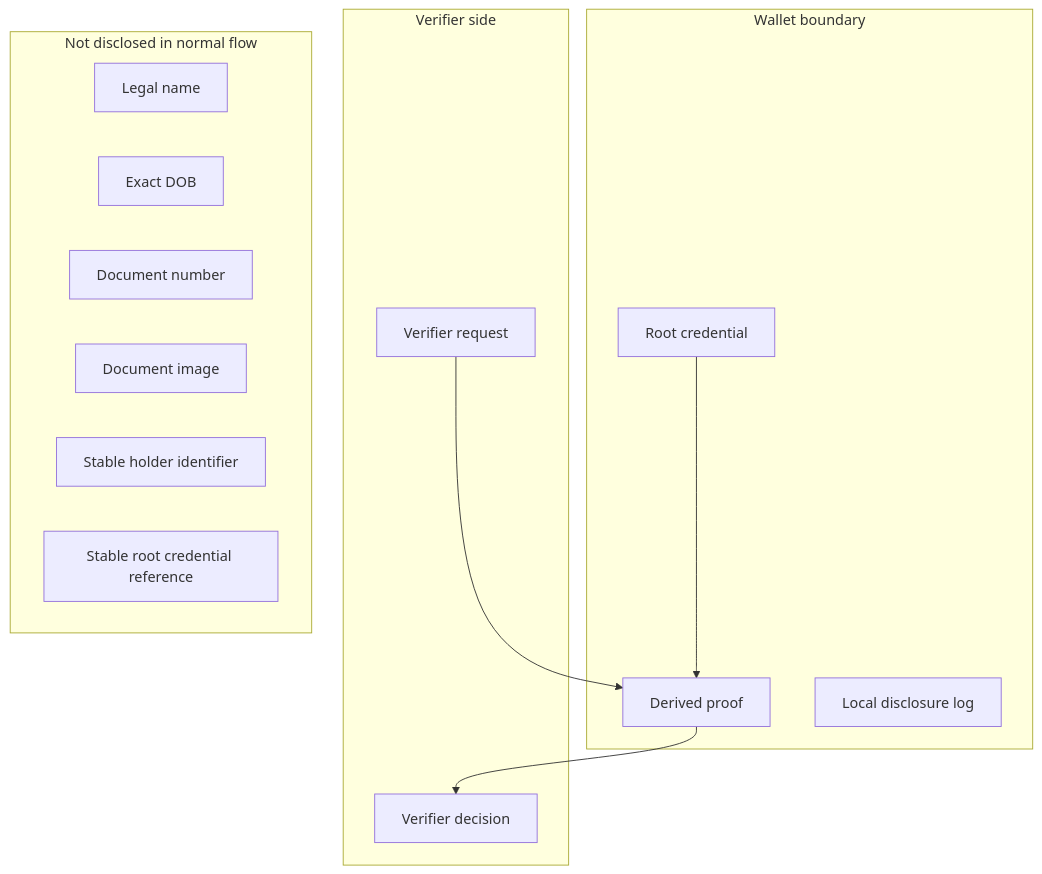
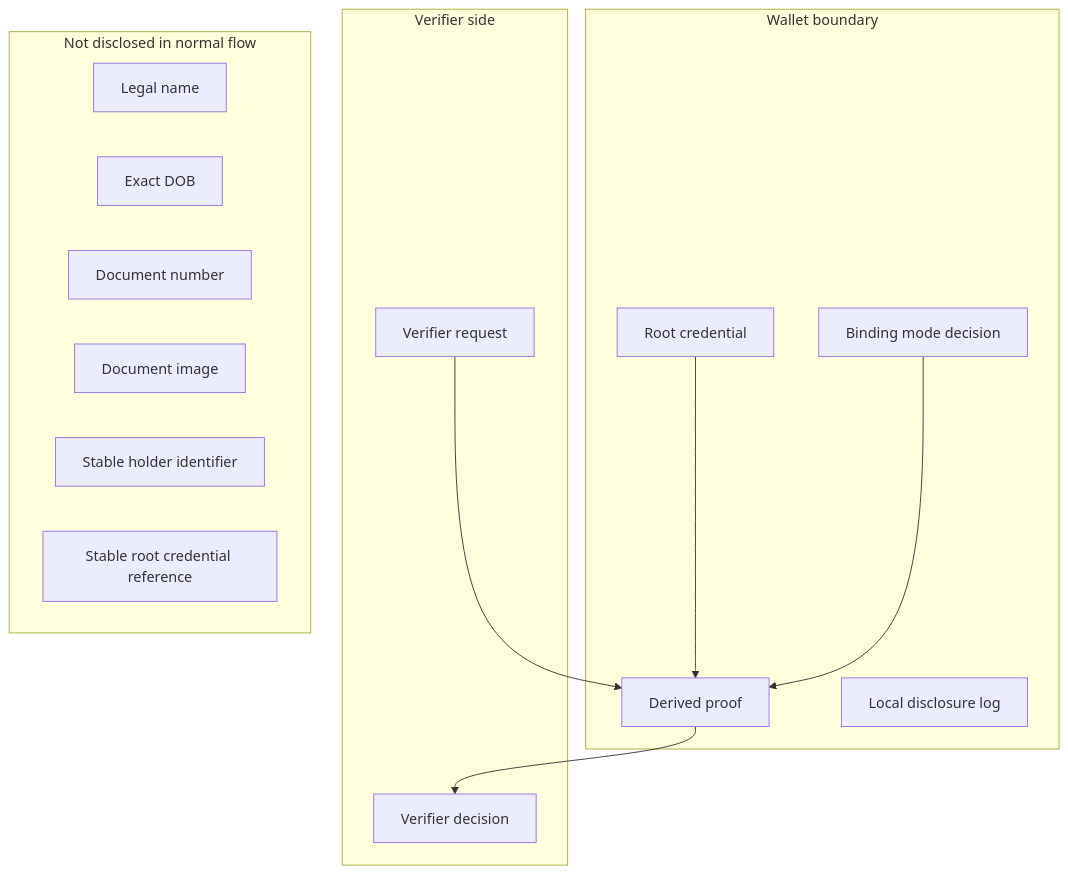
One commit to JGx101/Minimal-Age-Disclosure changed the fifth of 8 diagrams in docs/architecture/FLOWS_AND_TOPOLOGY.md. Above: the diagram before and after it, drawn with Mermaid. The commit also changed other lines of this file and 34 other files, not shown here.

Commit message:
Resolve architecture gaps for binding and conformance

````diff
--- a/docs/architecture/FLOWS_AND_TOPOLOGY.md
+++ b/docs/architecture/FLOWS_AND_TOPOLOGY.md
@@ -80,26 +99,28 @@
 ```mermaid
 flowchart TB
-    subgraph Wallet boundary
+    subgraph "Wallet boundary"
         RC[Root credential]
         DP[Derived proof]
         LOG[Local disclosure log]
+        BM[Binding mode decision]
     end
 
-    subgraph Verifier side
+    subgraph "Verifier side"
         VR[Verifier request]
         VD[Verifier decision]
     end
 
-    subgraph Not disclosed in normal flow
+    subgraph "Not disclosed in normal flow"
         ND1[Legal name]
         ND2[Exact DOB]
         ND3[Document number]
         ND4[Document image]
         ND5[Stable holder identifier]
         ND6[Stable root credential reference]
     end
 
     VR --> DP
     RC --> DP
+    BM --> DP
     DP --> VD
 ```
````
